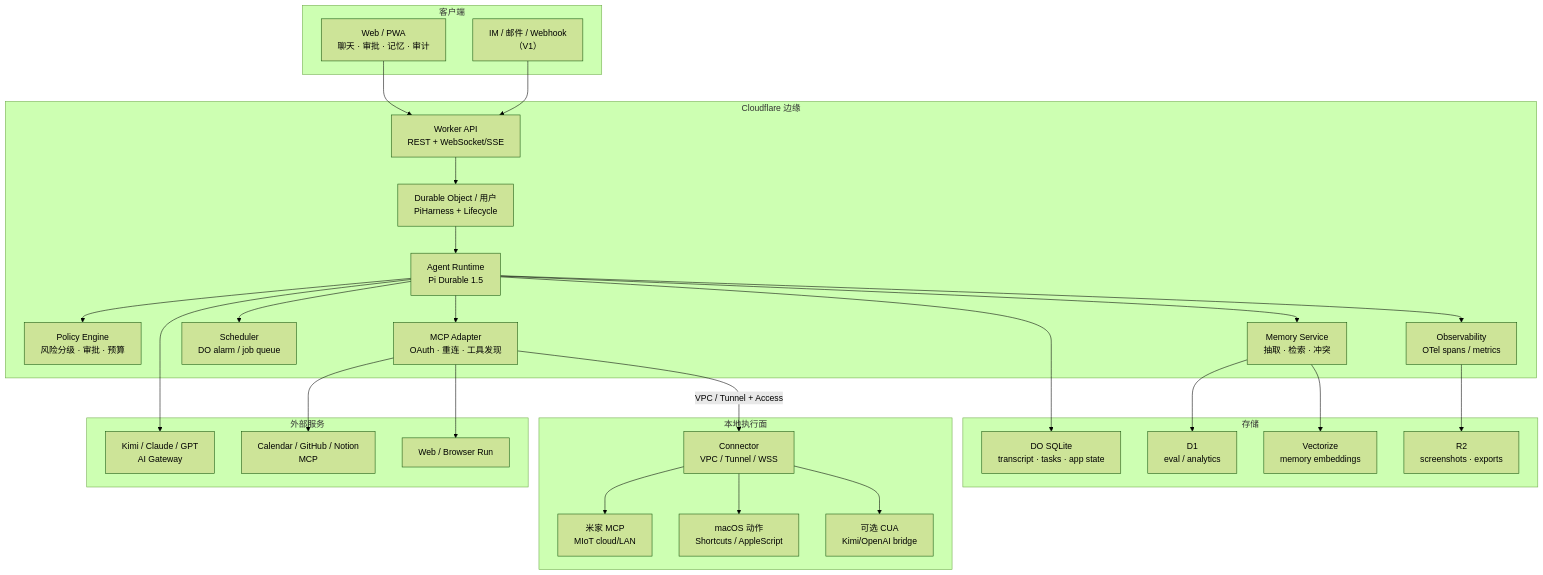
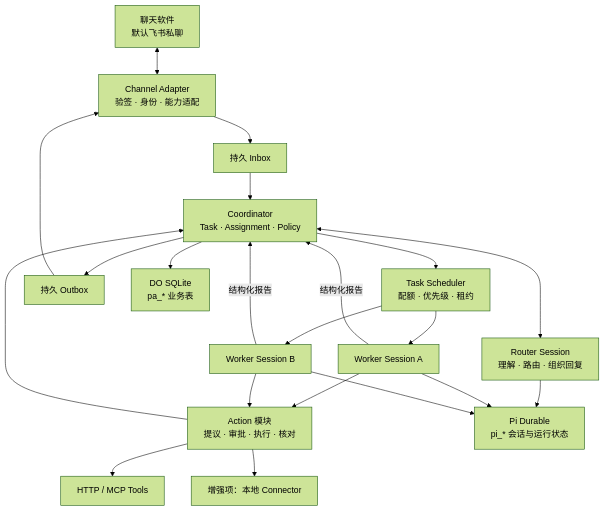
The first of 3 diagrams in docs/02-architecture.md (yuanbaoerer/personal-agent), drawn with Mermaid (forest theme) before and after one commit. The commit also changed other lines of this file and 7 other files, not shown here.

First line of the commit message:
docs: refocus MVP on chat-first router/worker design

````diff
--- a/docs/02-architecture.md
+++ b/docs/02-architecture.md
@@ -29,59 +17,23 @@
 ```mermaid
 flowchart TB
-  subgraph Client["客户端"]
-    WEB["Web / PWA<br/>聊天 · 审批 · 记忆 · 审计"]
-    IM["IM / 邮件 / Webhook<br/>（V1）"]
-  end
-
-  subgraph Edge["Cloudflare 边缘"]
-    API["Worker API<br/>REST + WebSocket/SSE"]
-    DO["Durable Object / 用户<br/>PiHarness + Lifecycle"]
-    RT["Agent Runtime<br/>Pi Durable 1.5"]
-    POL["Policy Engine<br/>风险分级 · 审批 · 预算"]
-    MCPC["MCP Adapter<br/>OAuth · 重连 · 工具发现"]
-    SCH["Scheduler<br/>DO alarm / job queue"]
-    MEM["Memory Service<br/>抽取 · 检索 · 冲突"]
-    OBS["Observability<br/>OTel spans / metrics"]
-  end
-
-  subgraph Data["存储"]
-    SQL["DO SQLite<br/>transcript · tasks · app state"]
-    D1["D1<br/>eval / analytics"]
-    VEC["Vectorize<br/>memory embeddings"]
-    R2["R2<br/>screenshots · exports"]
-  end
-
-  subgraph Local["本地执行面"]
-    CONN["Connector<br/>VPC / Tunnel / WSS"]
-    HOME["米家 MCP<br/>MIoT cloud/LAN"]
-    MAC["macOS 动作<br/>Shortcuts / AppleScript"]
-    CUA["可选 CUA<br/>Kimi/OpenAI bridge"]
-  end
-
-  subgraph External["外部服务"]
-    LLM["Kimi / Claude / GPT<br/>AI Gateway"]
-    SAAS["Calendar / GitHub / Notion<br/>MCP"]
-    WEBX["Web / Browser Run"]
-  end
-
-  WEB --> API
-  IM --> API
-  API --> DO
-  DO --> RT
-  RT --> POL
-  RT --> MCPC
-  RT --> MEM
-  RT --> SCH
-  RT --> OBS
-  RT --> LLM
-  MCPC --> SAAS
-  MCPC --> WEBX
-  MCPC -->|VPC / Tunnel + Access| CONN
-  CONN --> HOME
-  CONN --> MAC
-  CONN --> CUA
-  RT --> SQL
-  MEM --> VEC
-  MEM --> D1
-  OBS --> R2
+  IM["聊天软件<br/>默认飞书私聊"] <--> CA["Channel Adapter<br/>验签 · 身份 · 能力适配"]
+  CA --> IN["持久 Inbox"]
+  IN --> C["Coordinator<br/>Task · Assignment · Policy"]
+  C <--> R["Router Session<br/>理解 · 路由 · 组织回复"]
+  C --> S["Task Scheduler<br/>配额 · 优先级 · 租约"]
+  S --> W1["Worker Session A"]
+  S --> W2["Worker Session B"]
+  W1 -->|结构化报告| C
+  W2 -->|结构化报告| C
+  W1 --> A["Action 模块<br/>提议 · 审批 · 执行 · 核对"]
+  W2 --> A
+  A --> TOOL["HTTP / MCP Tools"]
+  A --> CONN["增强项：本地 Connector"]
+  C --> OUT["持久 Outbox"]
+  A --> C
+  OUT --> CA
+  C --> DB["DO SQLite<br/>pa_* 业务表"]
+  R --> PI["Pi Durable<br/>pi_* 会话与运行状态"]
+  W1 --> PI
+  W2 --> PI
 ```
````
